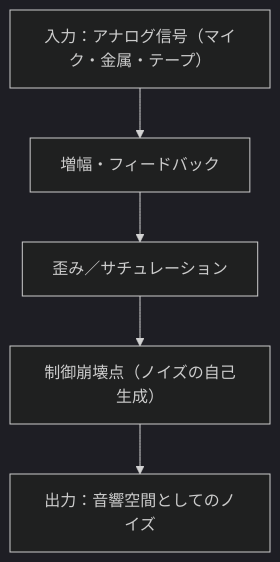
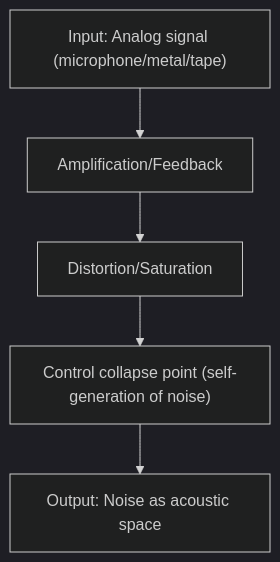
Before and after one commit to monumental-movement/monumental-movement.github.io: the second of 4 diagrams in en/_posts/2025-10-26-column-merzbow.md, drawn with Mermaid (dark theme). The commit also changed other lines of this file and 1631 other files, not shown here.

```diff
--- a/en/_posts/2025-10-26-column-merzbow.md
+++ b/en/_posts/2025-10-26-column-merzbow.md
@@ -135,11 +135,11 @@
 <div class="mermaid">
 
 flowchart TD
-    A["入力：アナログ信号（マイク・金属・テープ）"]
-    B["増幅・フィードバック"]
-    C["歪み／サチュレーション"]
-    D["制御崩壊点（ノイズの自己生成）"]
-    E["出力：音響空間としてのノイズ"]
+    A["Input: Analog signal (microphone/metal/tape)"]
+    B["Amplification/Feedback"]
+    C["Distortion/Saturation"]
+    D["Control collapse point (self-generation of noise)"]
+    E["Output: Noise as acoustic space"]
     A --> B --> C --> D --> E
 
 </div>
```
